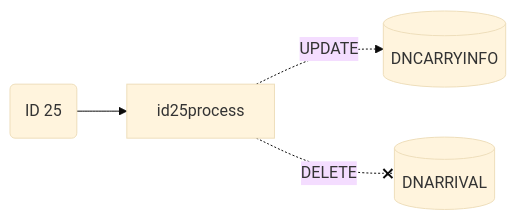
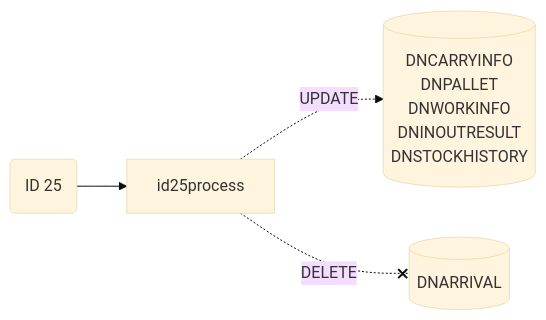
One commit to luthfiadityaa/SimeDarby-Wiki changed the eighth of 10 diagrams in Basic-Design/DFD-WMS/Storage/Empty-Pallet-Storage-to-Ambient-Area.md. Above: the diagram before and after it, drawn with Mermaid (base theme). The commit also changed other lines of this file, not shown here.

```diff
--- a/Basic-Design/DFD-WMS/Storage/Empty-Pallet-Storage-to-Ambient-Area.md
+++ b/Basic-Design/DFD-WMS/Storage/Empty-Pallet-Storage-to-Ambient-Area.md
@@ -575,18 +679,22 @@
 ::: mermaid
 flowchart LR
 
 id25("
 ID 25
 ")
 
 id25-update[("
 DNCARRYINFO
+DNPALLET
+DNWORKINFO
+DNINOUTRESULT
+DNSTOCKHISTORY
 ")]
 id25-delete[("
 DNARRIVAL
 ")]
 
 id25-->id25process
 id25process-.UPDATE.->id25-update
 id25process-.DELETE.-xid25-delete
 :::
```
